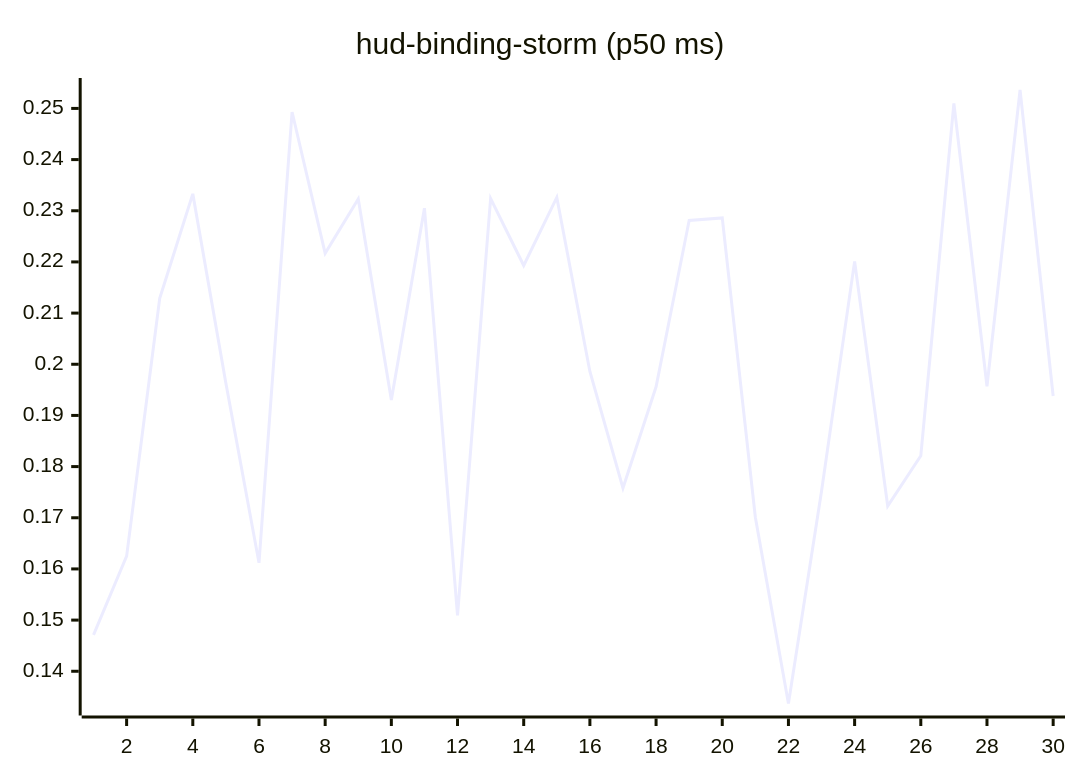
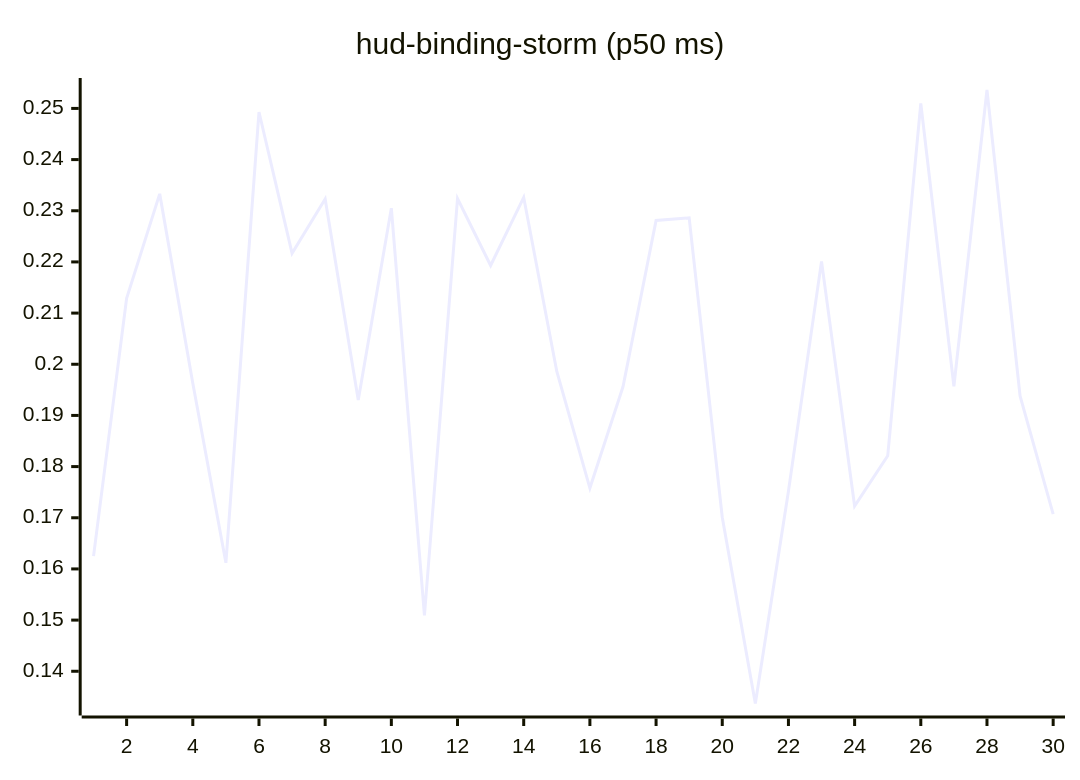
One commit to josha/Facet changed the tenth of 27 diagrams in README.md. Above: the diagram before and after it, drawn with Mermaid. The commit also changed other lines of this file and 2 other files, not shown here.

````diff
--- a/README.md
+++ b/README.md
@@ -126,6 +126,6 @@
 ```mermaid
 xychart-beta
     title "hud-binding-storm (p50 ms)"
     x-axis 1 --> 30
-    line [0.1471, 0.1625, 0.2129, 0.2333, 0.1963, 0.1612, 0.2493, 0.2217, 0.2323, 0.1930, 0.2305, 0.1509, 0.2324, 0.2193, 0.2326, 0.1986, 0.1758, 0.1956, 0.2281, 0.2286, 0.1701, 0.1337, 0.1752, 0.2201, 0.1723, 0.1821, 0.2510, 0.1957, 0.2536, 0.1938]
+    line [0.1625, 0.2129, 0.2333, 0.1963, 0.1612, 0.2493, 0.2217, 0.2323, 0.1930, 0.2305, 0.1509, 0.2324, 0.2193, 0.2326, 0.1986, 0.1758, 0.1956, 0.2281, 0.2286, 0.1701, 0.1337, 0.1752, 0.2201, 0.1723, 0.1821, 0.2510, 0.1957, 0.2536, 0.1938, 0.1707]
 ```
````
